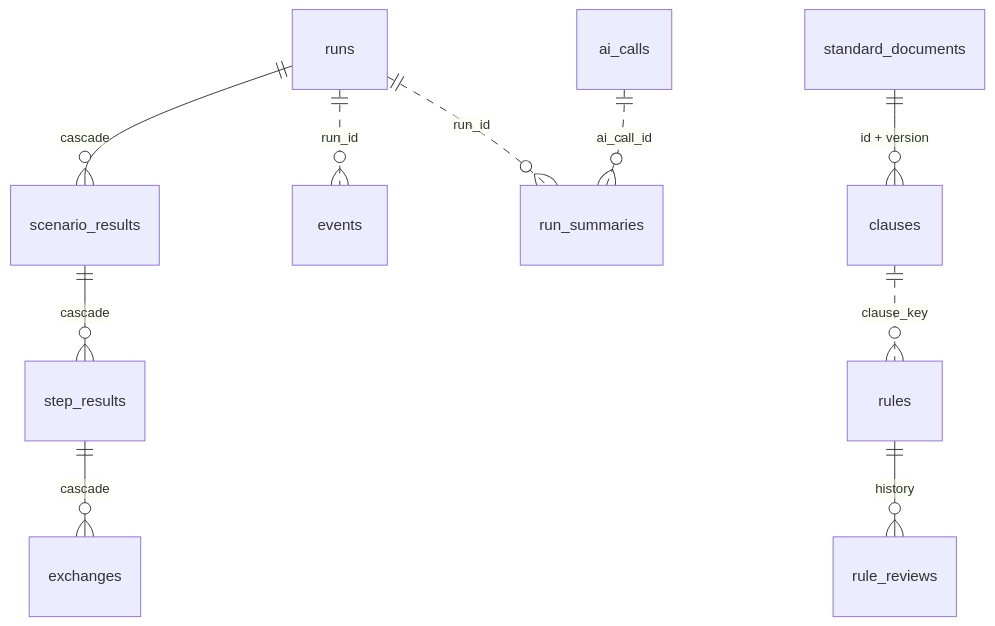
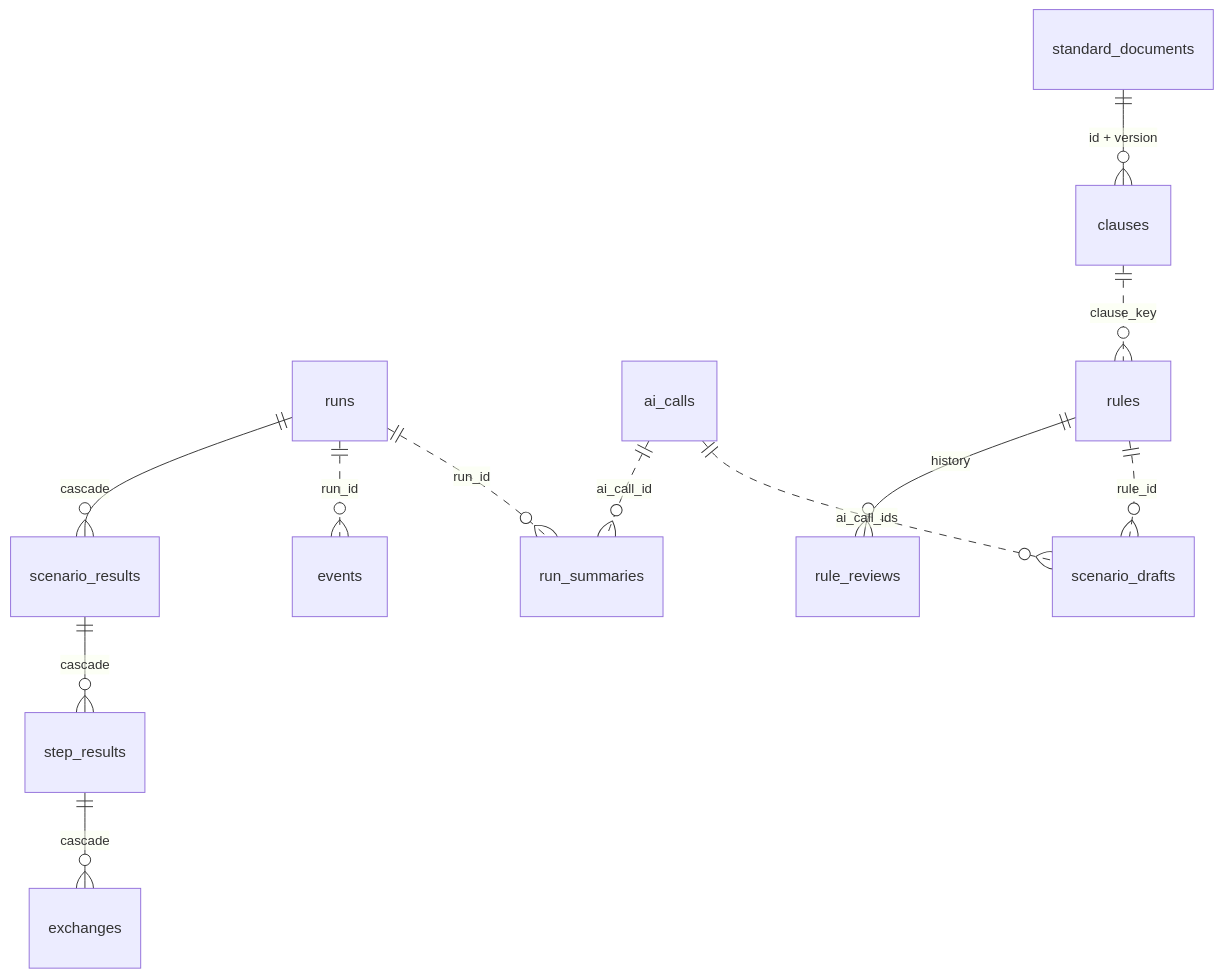
One commit to levan-petrosiani/Aurasoft-Monitoring changed the seventh of 7 diagrams in ARCHITECTURE.md. Above: the diagram before and after it, drawn with Mermaid. The commit also changed other lines of this file and 24 other files, not shown here.

First line of the commit message:
Phase 3: scenarios drafted from approved rules, MockBank dry runs, Drafts and Coverage pages

````diff
--- a/ARCHITECTURE.md
+++ b/ARCHITECTURE.md
@@ -143,12 +171,14 @@
 ```mermaid
 erDiagram
     runs ||--o{ scenario_results : "cascade"
     scenario_results ||--o{ step_results : "cascade"
     step_results ||--o{ exchanges : "cascade"
     runs ||..o{ events : "run_id"
     runs ||..o{ run_summaries : "run_id"
     ai_calls ||..o{ run_summaries : "ai_call_id"
     standard_documents ||--o{ clauses : "id + version"
     clauses ||..o{ rules : "clause_key"
     rules ||--o{ rule_reviews : "history"
+    rules ||..o{ scenario_drafts : "rule_id"
+    ai_calls ||..o{ scenario_drafts : "ai_call_ids"
 ```
````
